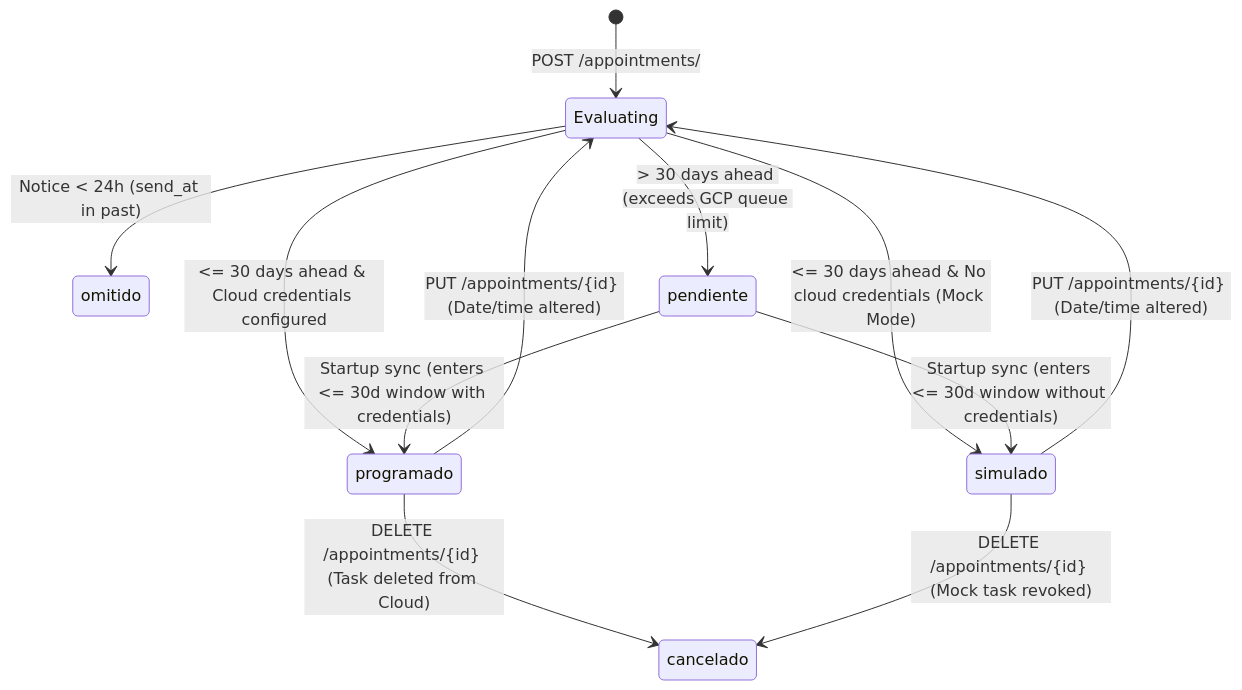
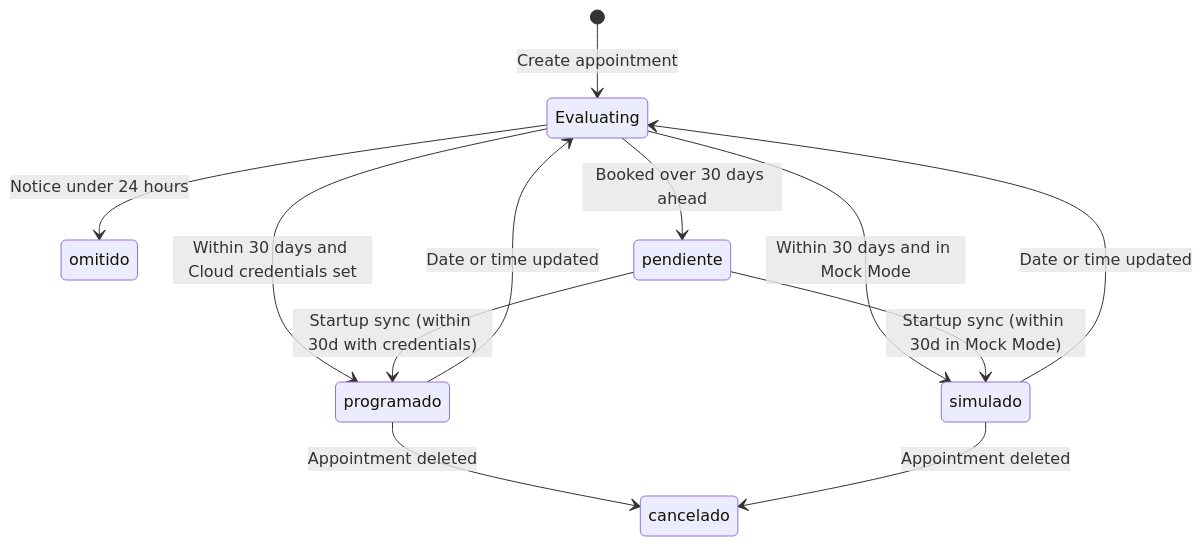
The second of 2 diagrams in DATABASE_SCHEMA.md (pabloneiras/barber-shop), drawn with Mermaid before and after one commit. The commit also changed other lines of this file and 2 other files, not shown here.

Commit message:
docs: fix Mermaid diagram syntax and add full Spanish README_es.md

````diff
--- a/DATABASE_SCHEMA.md
+++ b/DATABASE_SCHEMA.md
@@ -138,18 +138,18 @@
 ```mermaid
 stateDiagram-v2
-    [*] --> Evaluating : POST /appointments/
+    [*] --> Evaluating : Create appointment
 
-    Evaluating --> omitido : Notice < 24h (send_at in past)
-    Evaluating --> pendiente : > 30 days ahead (exceeds GCP queue limit)
-    Evaluating --> simulado : <= 30 days ahead & No cloud credentials (Mock Mode)
-    Evaluating --> programado : <= 30 days ahead & Cloud credentials configured
+    Evaluating --> omitido : Notice under 24 hours
+    Evaluating --> pendiente : Booked over 30 days ahead
+    Evaluating --> simulado : Within 30 days and in Mock Mode
+    Evaluating --> programado : Within 30 days and Cloud credentials set
 
-    pendiente --> programado : Startup sync (enters <= 30d window with credentials)
-    pendiente --> simulado : Startup sync (enters <= 30d window without credentials)
+    pendiente --> programado : Startup sync (within 30d with credentials)
+    pendiente --> simulado : Startup sync (within 30d in Mock Mode)
 
-    programado --> cancelado : DELETE /appointments/{id} (Task deleted from Cloud)
-    simulado --> cancelado : DELETE /appointments/{id} (Mock task revoked)
+    programado --> cancelado : Appointment deleted
+    simulado --> cancelado : Appointment deleted
 
-    programado --> Evaluating : PUT /appointments/{id} (Date/time altered)
-    simulado --> Evaluating : PUT /appointments/{id} (Date/time altered)
+    programado --> Evaluating : Date or time updated
+    simulado --> Evaluating : Date or time updated
 ```
````
